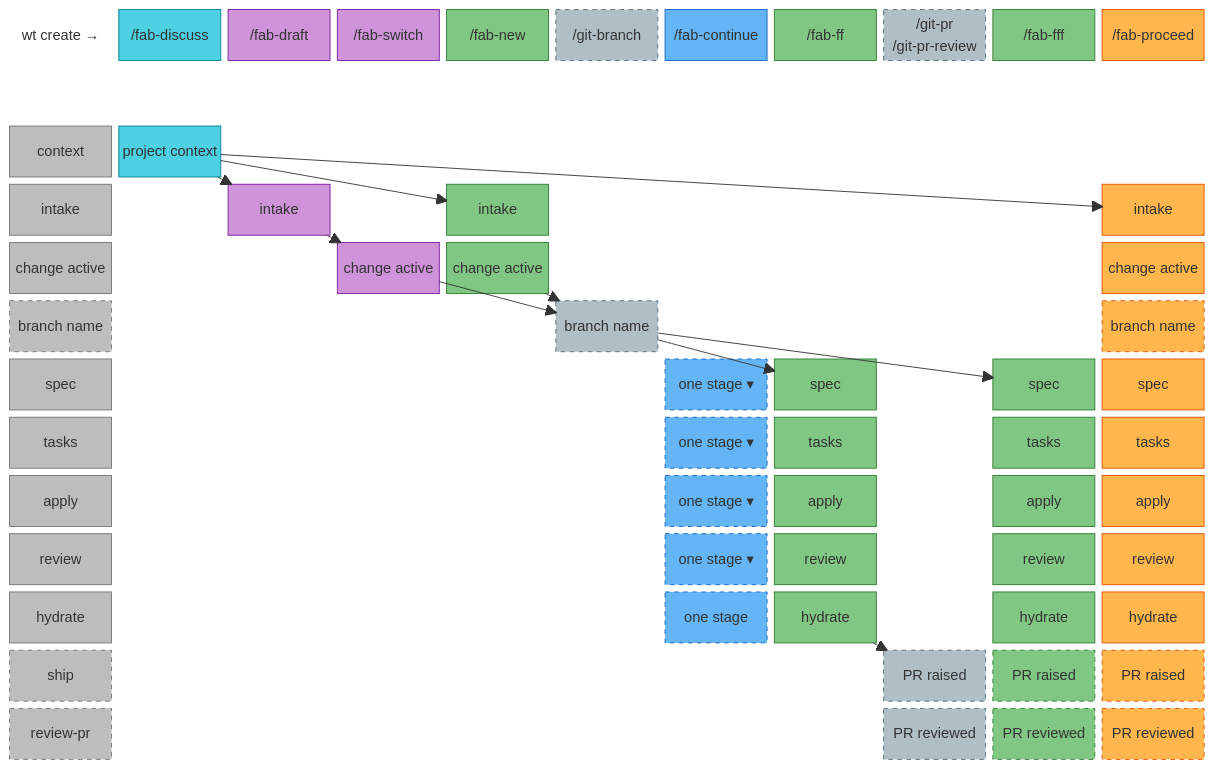
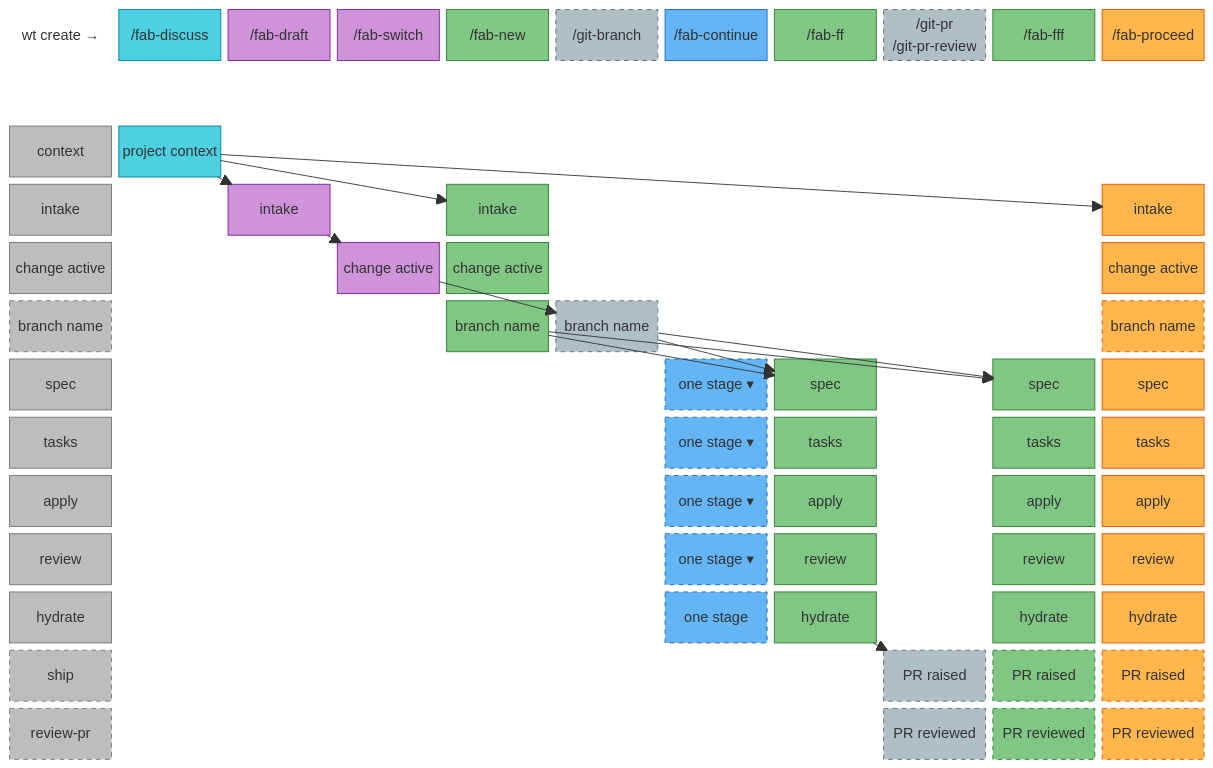
The second of 2 diagrams in README.md (wvrdz/fab-kit), drawn with Mermaid before and after one commit.

Commit message:
docs: update stage coverage diagram — fab-new now includes branch step

```diff
--- a/README.md
+++ b/README.md
@@ -418,7 +418,7 @@
     row_ctx["context"]:1 discuss_ctx["project context"]:1 space:10
     row_intake["intake"]:1 space:1 draft_intake["intake"]:1 space:1 new_intake["intake"]:1 space:5 proceed_intake["intake"]:1 space:1
     row_active["change active"]:1 space:2 switch_active["change active"]:1 new_active["change active"]:1 space:1 space:4 proceed_active["change active"]:1 space:1
-    row_branch["branch name"]:1 space:4 branch_branch["branch name"]:1 space:4 proceed_branch["branch name"]:1 space:1
+    row_branch["branch name"]:1 space:3 new_branch["branch name"]:1 branch_branch["branch name"]:1 space:4 proceed_branch["branch name"]:1 space:1
     row_spec["spec"]:1 space:5 cont_spec["one stage ▾"]:1 ff_spec["spec"]:1 space:1 fff_spec["spec"]:1 proceed_spec["spec"]:1 space:1
     row_tasks["tasks"]:1 space:5 cont_tasks["one stage ▾"]:1 ff_tasks["tasks"]:1 space:1 fff_tasks["tasks"]:1 proceed_tasks["tasks"]:1 space:1
     row_apply["apply"]:1 space:5 cont_apply["one stage ▾"]:1 ff_apply["apply"]:1 space:1 fff_apply["apply"]:1 proceed_apply["apply"]:1 space:1
@@ -433,7 +433,8 @@
     discuss_ctx --> proceed_intake
     draft_intake --> switch_active
     switch_active --> branch_branch
-    new_active --> branch_branch
+    new_branch --> ff_spec
+    new_branch --> fff_spec
     branch_branch --> ff_spec
     branch_branch --> fff_spec
     ff_hydrate --> gitpr_ship
@@ -473,9 +474,10 @@
     %% fab-switch (Change lifecycle — purple)
     style switch_active fill:#ce93d8,stroke:#7B1FA2,color:#1a1a1a
 
-    %% fab-new (Automation — green, creates intake + activates)
+    %% fab-new (Automation — green, creates intake + activates + branch)
     style new_intake fill:#81c784,stroke:#2E7D32,color:#1a1a1a
     style new_active fill:#81c784,stroke:#2E7D32,color:#1a1a1a
+    style new_branch fill:#81c784,stroke:#2E7D32,color:#1a1a1a
 
     %% git-branch (Git utilities — blue-grey)
     style branch_branch fill:#b0bec5,stroke:#546e7a,color:#1a1a1a,stroke-dasharray: 5 5
```
